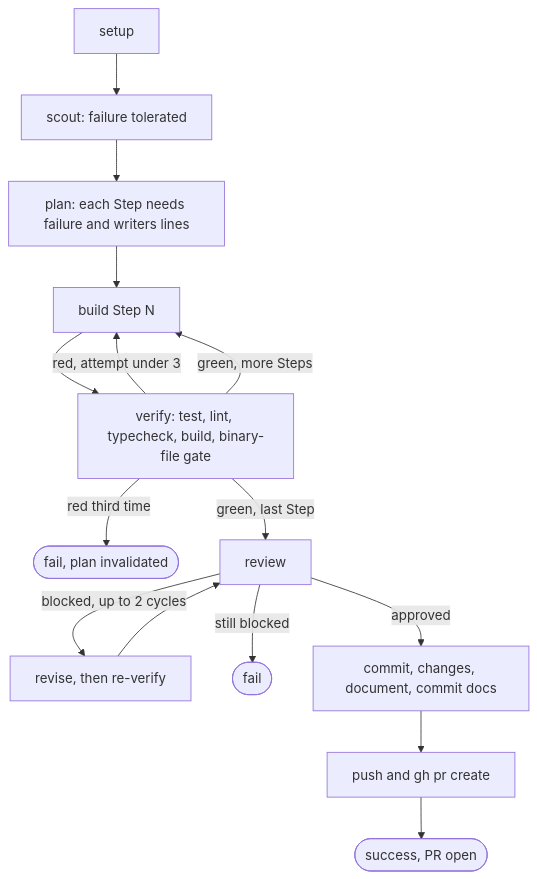
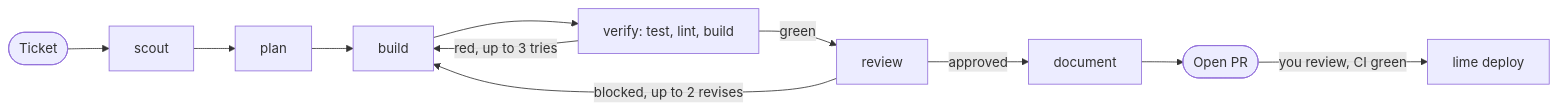
Before and after one commit to JmCoding1304/lime-factory: the diagram in README.md, drawn with Mermaid. The commit also changed other lines of this file and 1 other file, not shown here.

````diff
--- a/README.md
+++ b/README.md
@@ -117,14 +77,9 @@
 ```mermaid
-flowchart TD
-    S[setup] --> SC[scout: failure tolerated]
-    SC --> P[plan: each Step needs failure and writers lines]
-    P --> B[build Step N]
-    B --> V[verify: test, lint, typecheck, build, binary-file gate]
-    V -->|red, attempt under 3| B
-    V -->|red third time| F1([fail, plan invalidated])
-    V -->|green, more Steps| B
-    V -->|green, last Step| R[review]
-    R -->|blocked, up to 2 cycles| RV[revise, then re-verify] --> R
-    R -->|still blocked| F2([fail])
-    R -->|approved| SH[commit, changes, document, commit docs] --> PR[push and gh pr create] --> OK([success, PR open])
+flowchart LR
+    T([Ticket]) --> scout --> plan --> build --> verify[verify: test, lint, build]
+    verify -->|red, up to 3 tries| build
+    verify -->|green| review
+    review -->|blocked, up to 2 revises| build
+    review -->|approved| document --> PR([Open PR])
+    PR -->|you review, CI green| deploy[lime deploy]
 ```
````
